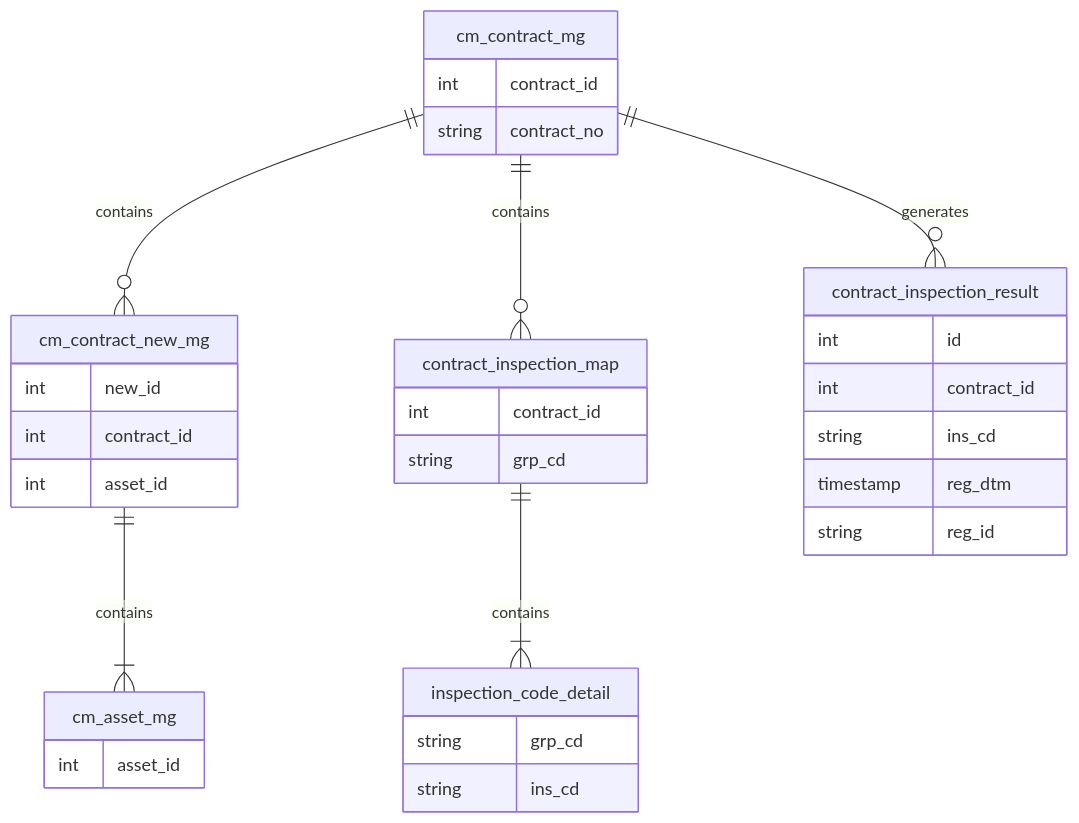
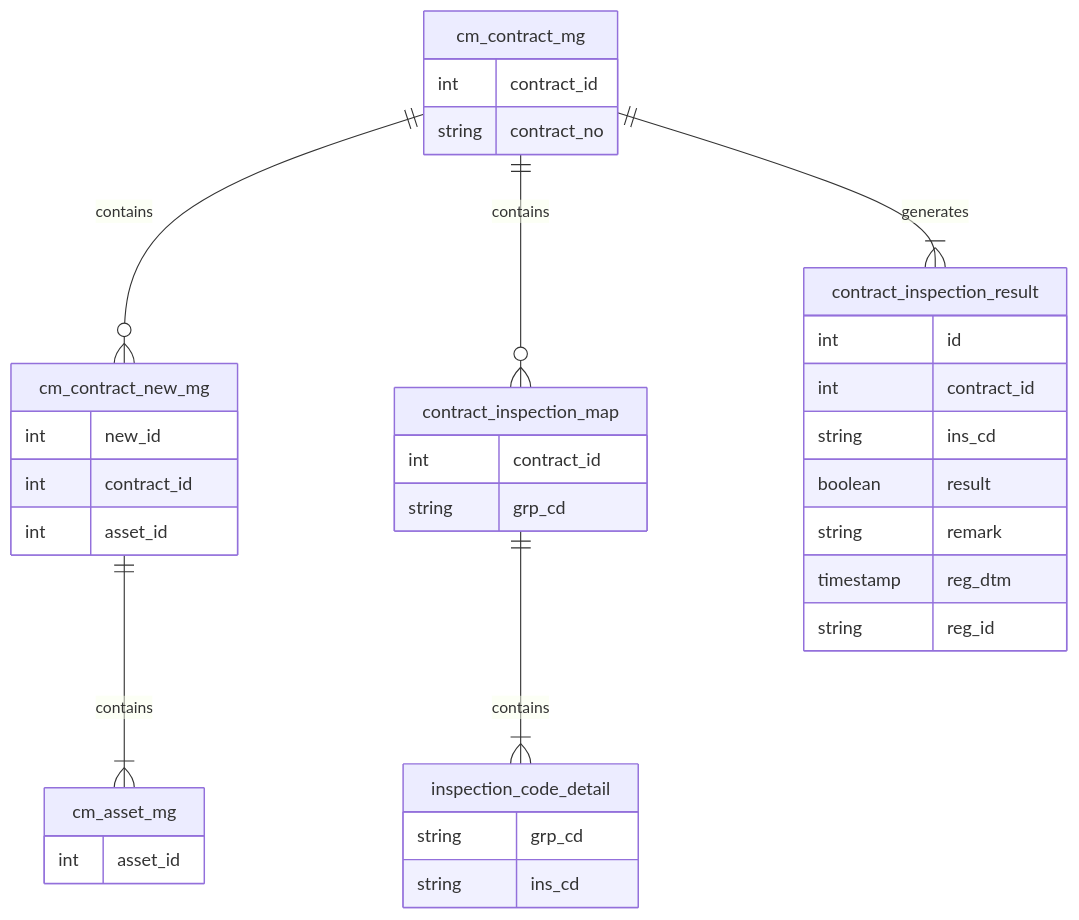
The diagram in Works/KnowWhereSoft/complysight/정보시스템 상태점검/ERD.md (sseregit/Obsidian), drawn with Mermaid before and after one commit. The commit also changed other lines of this file, not shown here.

Commit message:
vault backup: 2025-07-09 14:09:31

````diff
--- a/Works/KnowWhereSoft/complysight/정보시스템 상태점검/ERD.md
+++ b/Works/KnowWhereSoft/complysight/정보시스템 상태점검/ERD.md
@@ -9,7 +9,7 @@
 
 contract_inspection_map ||--|{ inspection_code_detail : contains
 
-cm_contract_mg ||--o{ contract_inspection_result : generates
+cm_contract_mg ||--|{ contract_inspection_result : generates
 
   
 
@@ -65,15 +65,19 @@
 
 contract_inspection_result {
 
-int id
+    int id
 
-int contract_id
+    int contract_id
 
-string ins_cd
+    string ins_cd
 
-timestamp reg_dtm
+    boolean result
 
-string reg_id
+    string remark
+
+    timestamp reg_dtm
+
+    string reg_id
 
 }
 ```
````
